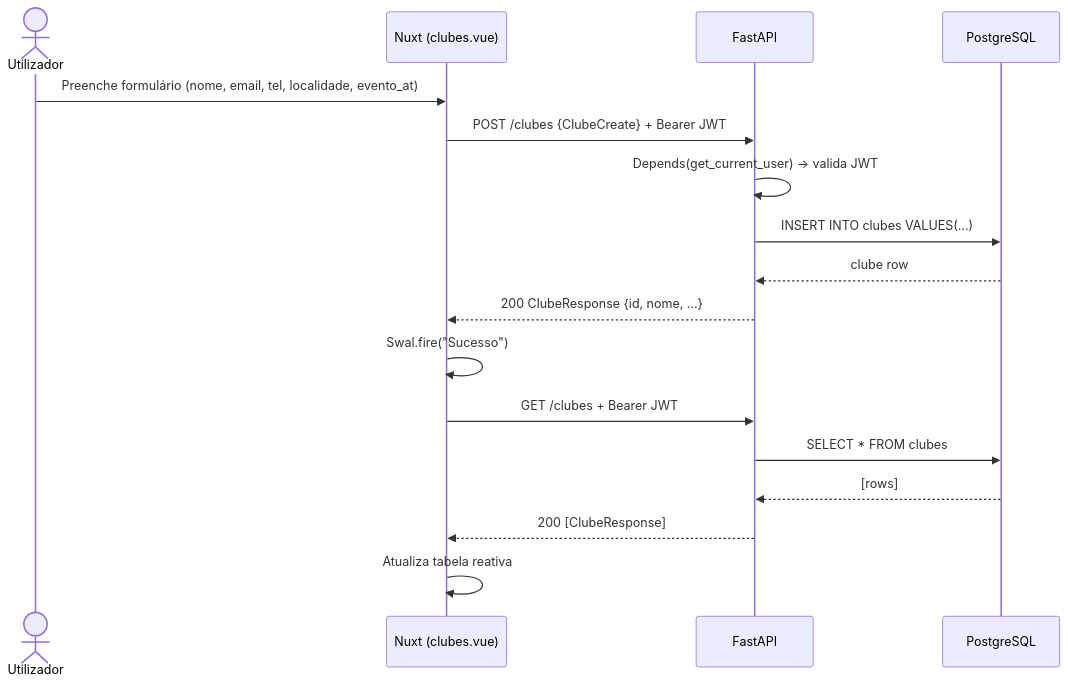
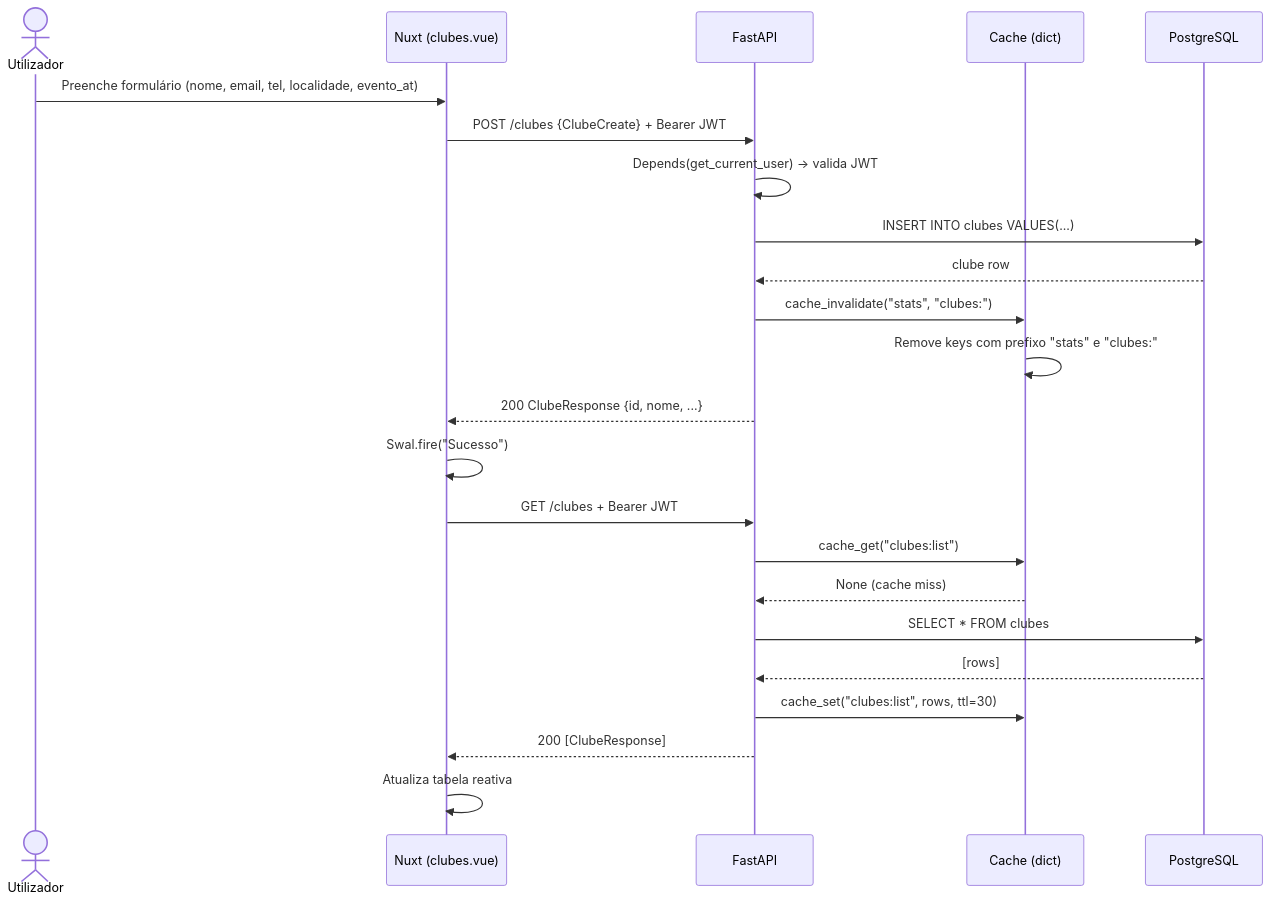
One commit to Wand-DenaXy/-Manueli-s-Clubes changed the sixth of 8 diagrams in README.md. Above: the diagram before and after it, drawn with Mermaid. The commit also changed other lines of this file and 4 other files, not shown here.

````diff
--- a/README.md
+++ b/README.md
@@ -187,20 +257,26 @@
 ```mermaid
 sequenceDiagram
     actor U as Utilizador
     participant F as Nuxt (clubes.vue)
     participant API as FastAPI
+    participant C as Cache (dict)
     participant DB as PostgreSQL
 
     U->>F: Preenche formulário (nome, email, tel, localidade, evento_at)
     F->>API: POST /clubes {ClubeCreate} + Bearer JWT
     API->>API: Depends(get_current_user) → valida JWT
     API->>DB: INSERT INTO clubes VALUES(...)
     DB-->>API: clube row
+    API->>C: cache_invalidate("stats", "clubes:")
+    C->>C: Remove keys com prefixo "stats" e "clubes:"
     API-->>F: 200 ClubeResponse {id, nome, ...}
     F->>F: Swal.fire("Sucesso")
     F->>API: GET /clubes + Bearer JWT
+    API->>C: cache_get("clubes:list")
+    C-->>API: None (cache miss)
     API->>DB: SELECT * FROM clubes
     DB-->>API: [rows]
+    API->>C: cache_set("clubes:list", rows, ttl=30)
     API-->>F: 200 [ClubeResponse]
     F->>F: Atualiza tabela reativa
 ```
````
